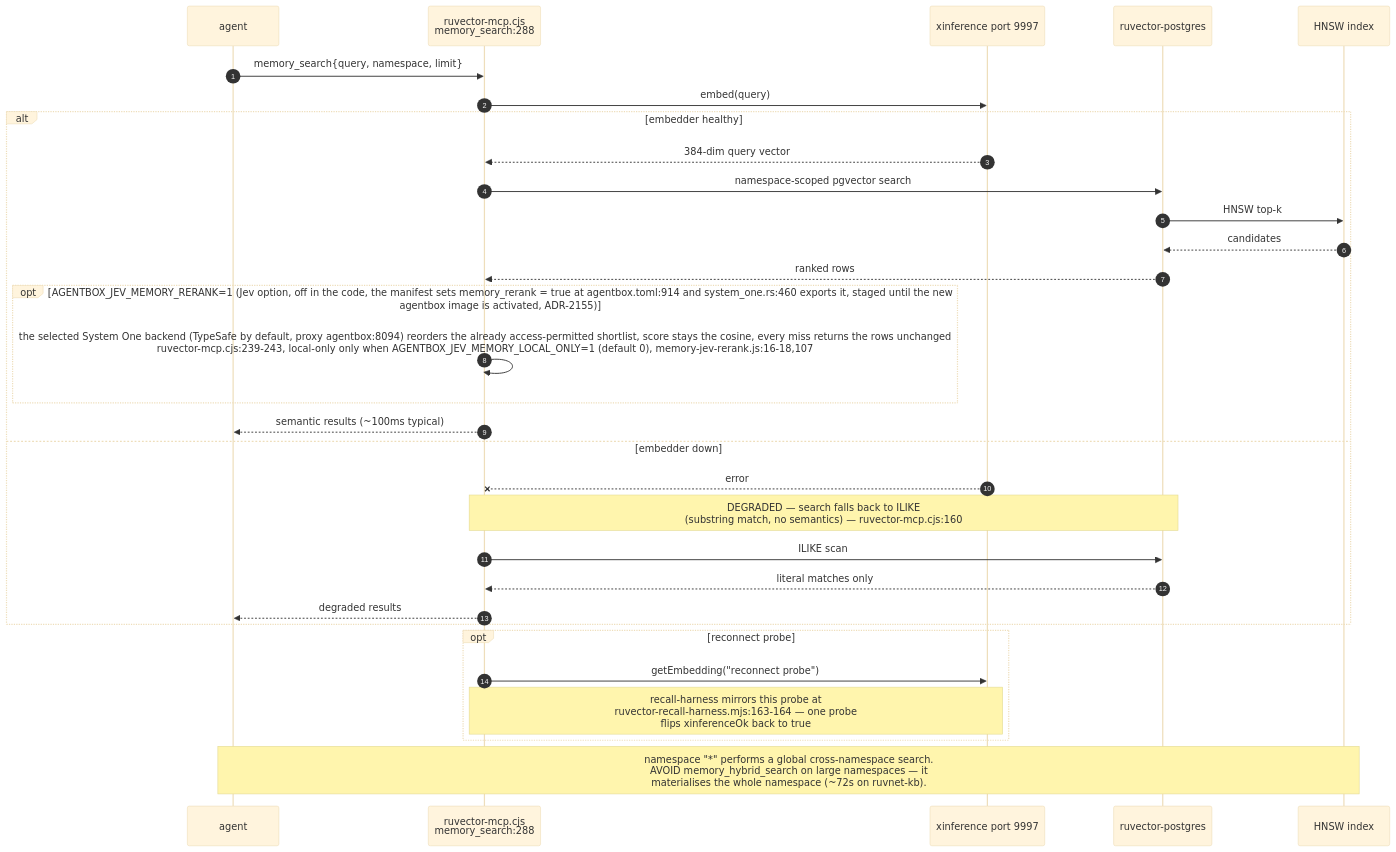
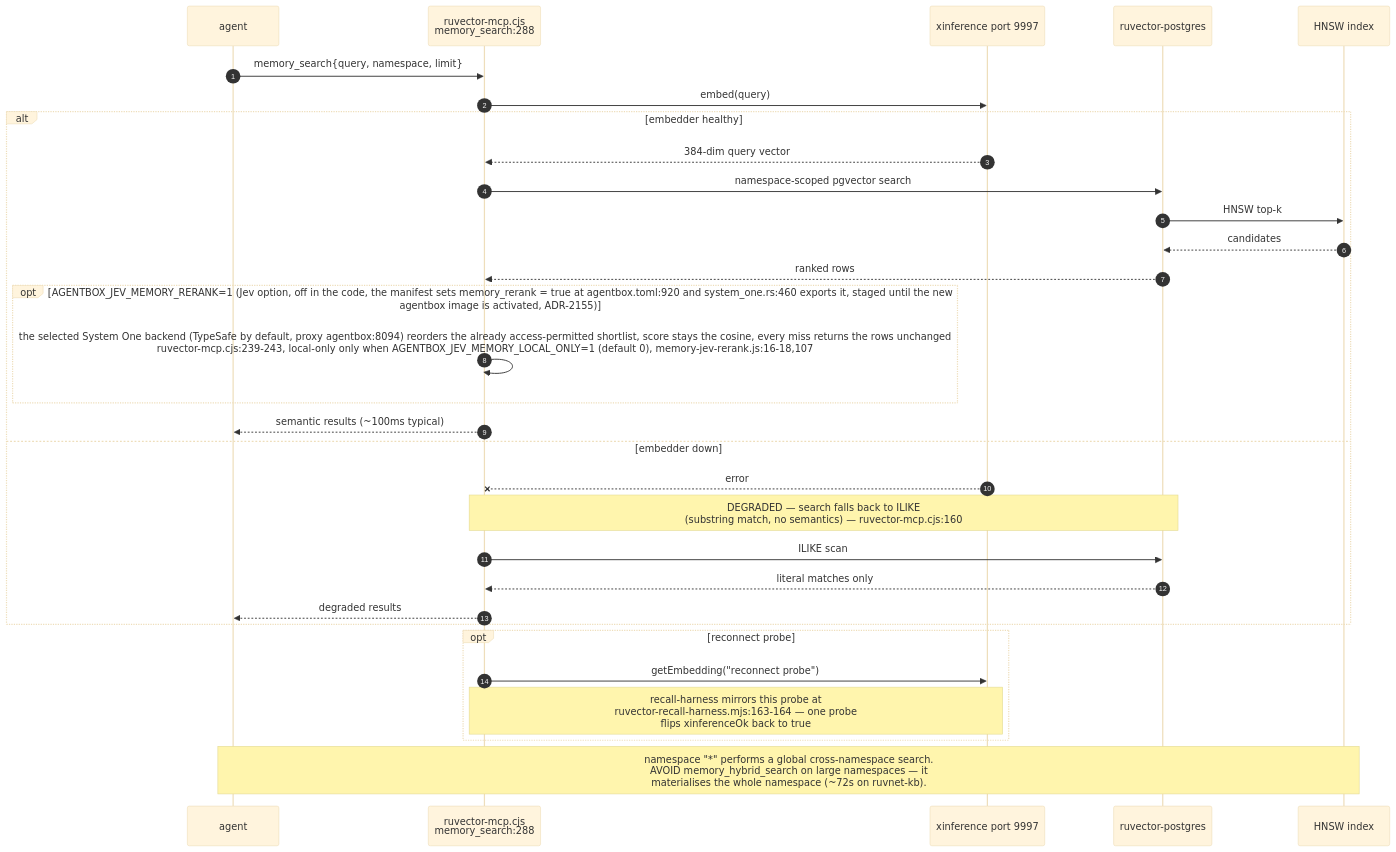
The third of 6 diagrams in docs/diagrams/estate/07-memory-and-embedding-estate.md (DreamLab-AI/VisionFlow), drawn with Mermaid (base theme) before and after one commit. The commit also changed other lines of this file and 154 other files, not shown here.

First line of the commit message:
docs(diagrams): re-stamp 154 topics whose every citation still reads the same text at the current heads

````diff
--- a/docs/diagrams/estate/07-memory-and-embedding-estate.md
+++ b/docs/diagrams/estate/07-memory-and-embedding-estate.md
@@ -115,34 +115,34 @@
 ```mermaid
 sequenceDiagram
     autonumber
     participant A as agent
     participant M as ruvector-mcp.cjs<br/>memory_search:288
     participant X as xinference port 9997
     participant P as ruvector-postgres
     participant H as HNSW index
 
     A->>M: memory_search{query, namespace, limit}
     M->>X: embed(query)
     alt embedder healthy
         X-->>M: 384-dim query vector
         M->>P: namespace-scoped pgvector search
         P->>H: HNSW top-k
         H-->>P: candidates
         P-->>M: ranked rows
-        opt AGENTBOX_JEV_MEMORY_RERANK=1 (Jev option, off in the code, the manifest sets memory_rerank = true at agentbox.toml:914 and system_one.rs:460 exports it, staged until the new agentbox image is activated, ADR-2155)
+        opt AGENTBOX_JEV_MEMORY_RERANK=1 (Jev option, off in the code, the manifest sets memory_rerank = true at agentbox.toml:920 and system_one.rs:460 exports it, staged until the new agentbox image is activated, ADR-2155)
             M->>M: the selected System One backend (TypeSafe by default, proxy agentbox:8094) reorders the already access-permitted shortlist, score stays the cosine, every miss returns the rows unchanged<br/>ruvector-mcp.cjs:239-243, local-only only when AGENTBOX_JEV_MEMORY_LOCAL_ONLY=1 (default 0), memory-jev-rerank.js:16-18,107
         end
         M-->>A: semantic results (~100ms typical)
     else embedder down
         X--xM: error
         Note over M,P: DEGRADED — search falls back to ILIKE<br/>(substring match, no semantics) — ruvector-mcp.cjs:160
         M->>P: ILIKE scan
         P-->>M: literal matches only
         M-->>A: degraded results
     end
     opt reconnect probe
         M->>X: getEmbedding("reconnect probe")
         Note over M,X: recall-harness mirrors this probe at<br/>ruvector-recall-harness.mjs:163-164 — one probe<br/>flips xinferenceOk back to true
     end
     Note over A,H: namespace "*" performs a global cross-namespace search.<br/>AVOID memory_hybrid_search on large namespaces — it<br/>materialises the whole namespace (~72s on ruvnet-kb).
 ```
````
